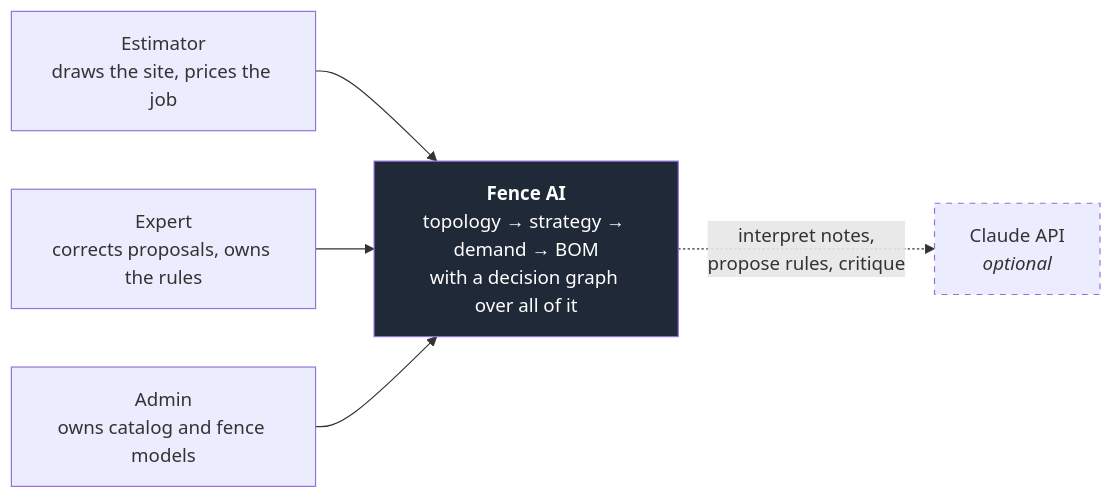
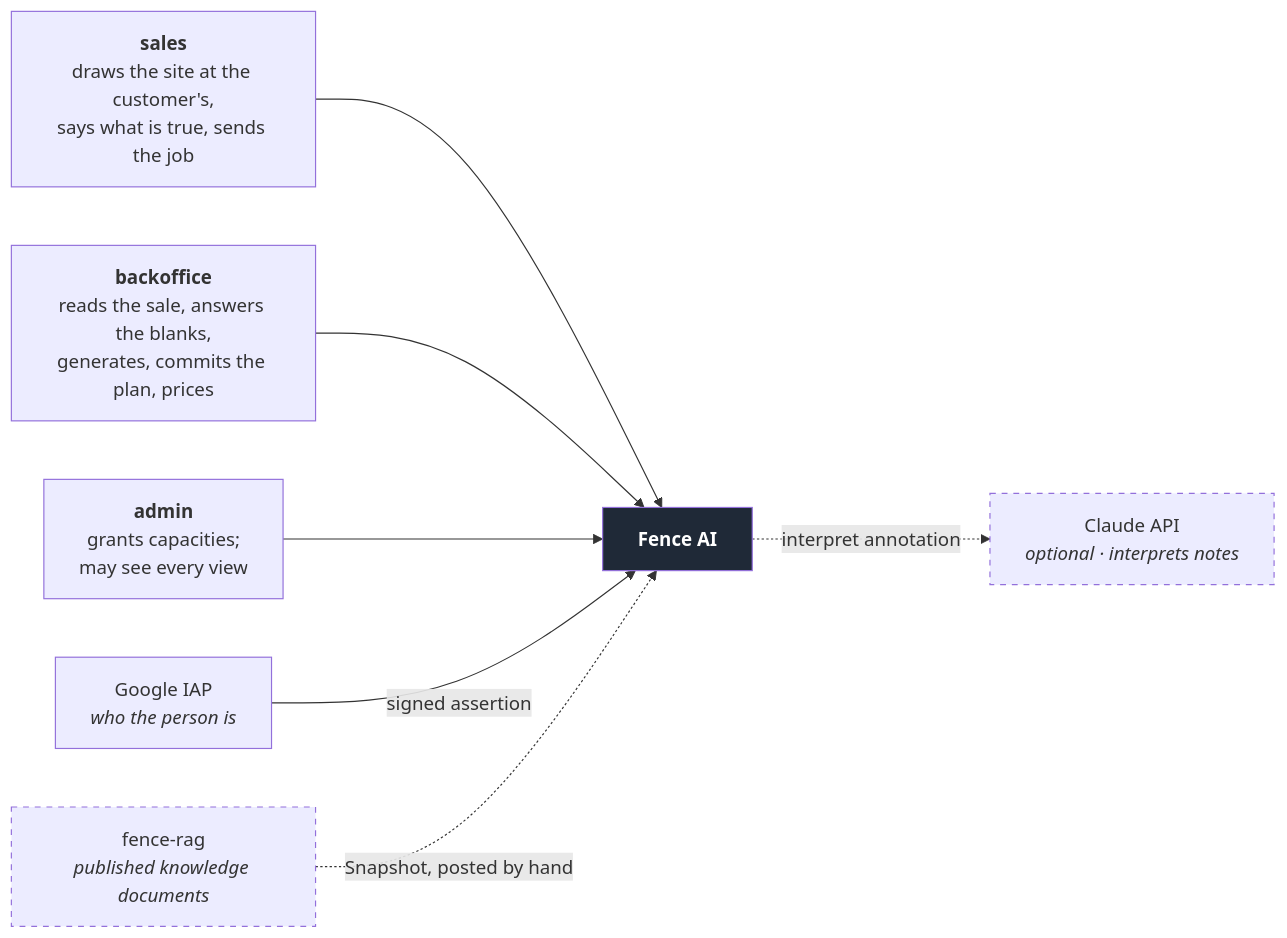
One commit to spicysauce1955-stack/BOM changed the second of 5 diagrams in docs/architecture/00-overview.md. Above: the diagram before and after it, drawn with Mermaid. The commit also changed other lines of this file and 14 other files, not shown here.

````diff
--- a/docs/architecture/00-overview.md
+++ b/docs/architecture/00-overview.md
@@ -17,18 +81,23 @@
 ```mermaid
 flowchart LR
-    EST["Estimator<br/>draws the site, prices the job"]
-    EXP["Expert<br/>corrects proposals, owns the rules"]
-    ADM["Admin<br/>owns catalog and fence models"]
+    SALES["<b>sales</b><br/>draws the site at the customer's,<br/>says what is true, sends the job"]
+    OFFICE["<b>backoffice</b><br/>reads the sale, answers the blanks,<br/>generates, commits the plan, prices"]
+    ADMIN["<b>admin</b><br/>grants capacities;<br/>may see every view"]
 
-    SYS["<b>Fence AI</b><br/>topology → strategy → demand → BOM<br/>with a decision graph over all of it"]
+    SYS["<b>Fence AI</b>"]
 
-    CLAUDE["Claude API<br/><i>optional</i>"]
+    IAP["Google IAP<br/><i>who the person is</i>"]
+    CLAUDE["Claude API<br/><i>optional · interprets notes</i>"]
+    RAG["fence-rag<br/><i>published knowledge documents</i>"]
 
-    EST --> SYS
-    EXP --> SYS
-    ADM --> SYS
-    SYS -.->|"interpret notes,<br/>propose rules, critique"| CLAUDE
+    SALES --> SYS
+    OFFICE --> SYS
+    ADMIN --> SYS
+    IAP -->|"signed assertion"| SYS
+    SYS -.->|"interpret annotation"| CLAUDE
+    RAG -.->|"Snapshot, posted by hand"| SYS
 
     style SYS fill:#1f2937,color:#fff
     style CLAUDE stroke-dasharray: 5 5
+    style RAG stroke-dasharray: 5 5
 ```
````
